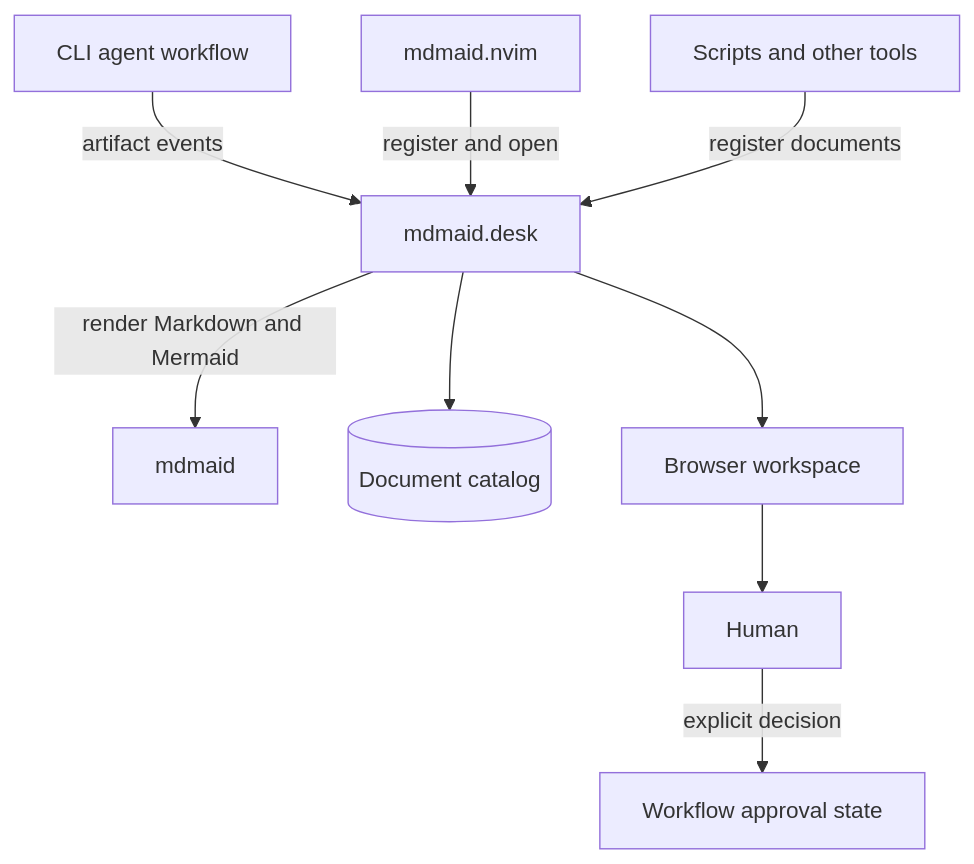
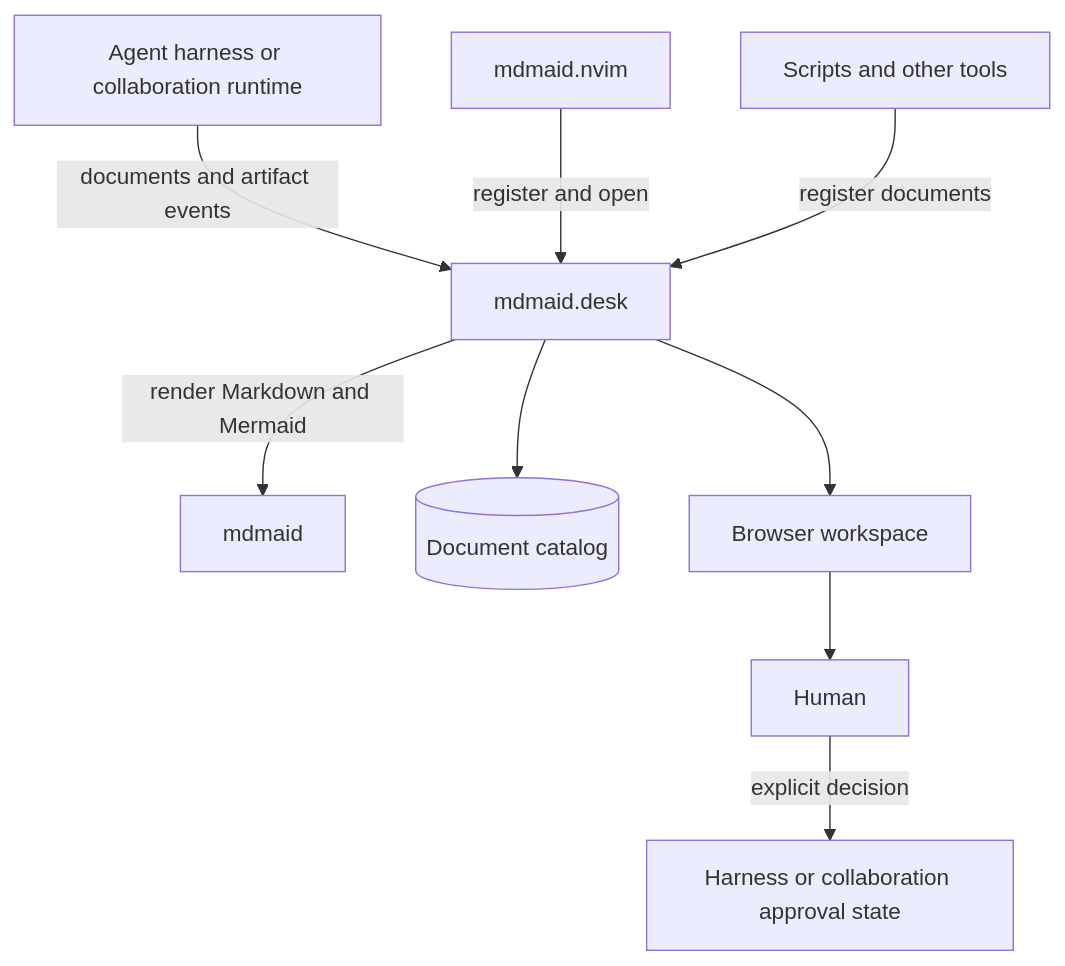
Before and after one commit to riidii-md/agentnyk-maisternia: the diagram in docs/MDMAID-PROJECT-BOUNDARIES.md, drawn with Mermaid. The commit also changed other lines of this file and 39 other files, not shown here.

Commit message:
fix: remove workflow runtime coupling

````diff
--- a/docs/MDMAID-PROJECT-BOUNDARIES.md
+++ b/docs/MDMAID-PROJECT-BOUNDARIES.md
@@ -30,11 +30,11 @@
 ```mermaid
 flowchart TD
-    A[CLI agent workflow] -->|artifact events| S[mdmaid.desk]
+    A[Agent harness or collaboration runtime] -->|documents and artifact events| S[mdmaid.desk]
     N[mdmaid.nvim] -->|register and open| S
     X[Scripts and other tools] -->|register documents| S
     S -->|render Markdown and Mermaid| M[mdmaid]
     S --> C[(Document catalog)]
     S --> B[Browser workspace]
     B --> H[Human]
-    H -->|explicit decision| W[Workflow approval state]
+    H -->|explicit decision| W[Harness or collaboration approval state]
 ```
````
